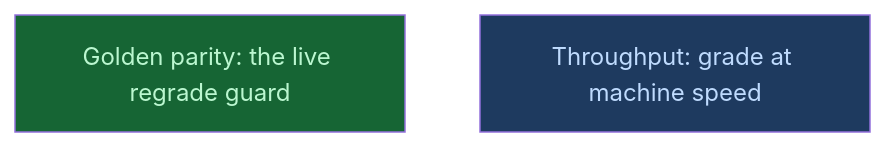
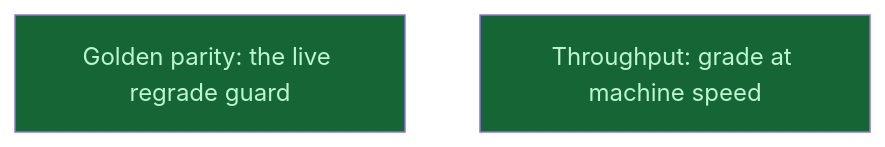
One commit to CrackingShells/Candler changed the diagram in __roadmap__/m2a-evaluation-parity/components/assembly/parity/README.md. Above: the diagram before and after it, drawn with Mermaid. The commit also changed other lines of this file and 7 other files, not shown here.

First line of the commit message:
rdm(evaluation): mark throughput_proof done

````diff
--- a/__roadmap__/m2a-evaluation-parity/components/assembly/parity/README.md
+++ b/__roadmap__/m2a-evaluation-parity/components/assembly/parity/README.md
@@ -20,10 +20,10 @@
 ```mermaid
 graph TD
     golden_parity[Golden parity: the live regrade guard]:::done
-    throughput[Throughput: grade at machine speed]:::amendment
+    throughput[Throughput: grade at machine speed]:::done
     classDef done       fill:#166534,color:#bbf7d0
     classDef inprogress fill:#854d0e,color:#fef08a
     classDef planned    fill:#374151,color:#e5e7eb
     classDef amendment  fill:#1e3a5f,color:#bfdbfe
     classDef blocked    fill:#7f1d1d,color:#fecaca
 ```
````
